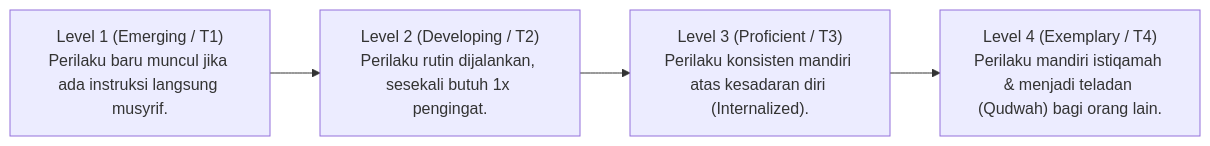
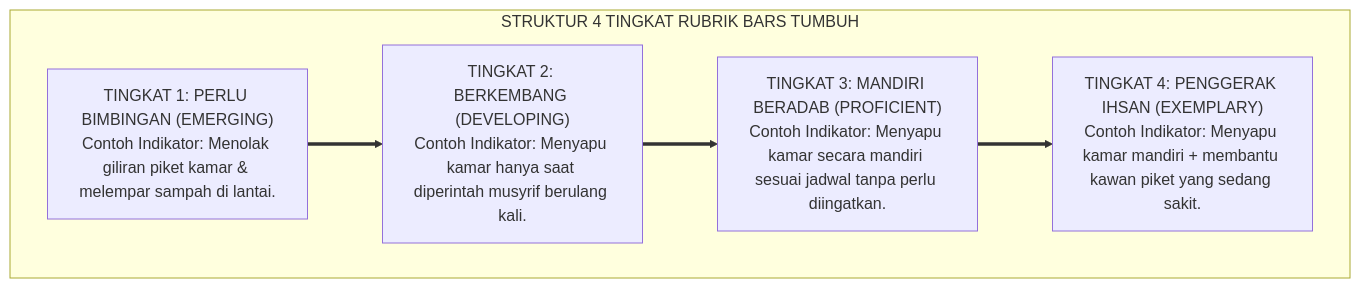
One commit to wandiapriliyandi/tumbuh changed the third of 7 diagrams in 02 Principles/05 Assessment Principles/P2-05-02-Prinsip-Rubrik-Perilaku-Objektif-dan-Deskriptif.md. Above: the diagram before and after it, drawn with Mermaid. The commit also changed other lines of this file and 42 other files, not shown here.

````diff
--- a/02 Principles/05 Assessment Principles/P2-05-02-Prinsip-Rubrik-Perilaku-Objektif-dan-Deskriptif.md
+++ b/02 Principles/05 Assessment Principles/P2-05-02-Prinsip-Rubrik-Perilaku-Objektif-dan-Deskriptif.md
@@ -14,6 +107,14 @@
 ```mermaid
-graph LR
-    L1["Level 1 (Emerging / T1)<br/>Perilaku baru muncul jika ada instruksi langsung musyrif."] --> L2["Level 2 (Developing / T2)<br/>Perilaku rutin dijalankan, sesekali butuh 1x pengingat."]
-    L2 --> L3["Level 3 (Proficient / T3)<br/>Perilaku konsisten mandiri atas kesadaran diri (Internalized)."]
-    L3 --> L4["Level 4 (Exemplary / T4)<br/>Perilaku mandiri istiqamah & menjadi teladan (Qudwah) bagi orang lain."]
+graph TD
+    subgraph StrukturRubrikBARS["STRUKTUR 4 TINGKAT RUBRIK BARS TUMBUH"]
+        L1["TINGKAT 1: PERLU BIMBINGAN (EMERGING)<br/>Contoh Indikator: Menolak giliran piket kamar & melempar sampah di lantai."]
+        
+        L2["TINGKAT 2: BERKEMBANG (DEVELOPING)<br/>Contoh Indikator: Menyapu kamar hanya saat diperintah musyrif berulang kali."]
+        
+        L3["TINGKAT 3: MANDIRI BERADAB (PROFICIENT)<br/>Contoh Indikator: Menyapu kamar secara mandiri sesuai jadwal tanpa perlu diingatkan."]
+        
+        L4["TINGKAT 4: PENGGERAK IHSAN (EXEMPLARY)<br/>Contoh Indikator: Menyapu kamar mandiri + membantu kawan piket yang sedang sakit."]
+        
+        L1 ==> L2 ==> L3 ==> L4
+    end
 ```
````
